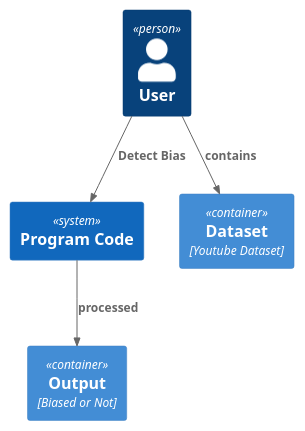
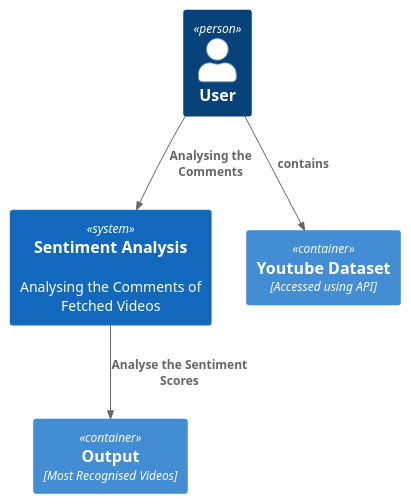
One commit to RincisM/Responsive_AI changed the diagram in Algorithm_Development/C4-context.puml. Above: the diagram before and after it, drawn with PlantUML.

```diff
--- a/Algorithm_Development/C4-context.puml
+++ b/Algorithm_Development/C4-context.puml
@@ -1,12 +1,12 @@
 @startuml C4_Elements
 !include https://raw.githubusercontent.com/plantuml-stdlib/C4-PlantUML/master/C4_Container.puml
 
 Person(user, "User")
-System(algorithm, "Program Code")
-Container(dataset, "Dataset", "Youtube Dataset")
-Container(output, "Output", "Biased or Not")
+System(algorithm, "Sentiment Analysis", "Analysing the Comments of Fetched Videos")
+Container(dataset, "Youtube Dataset", "Accessed using API")
+Container(output, "Output", "Most Recognised Videos")
 
 Rel(user, dataset, "contains")
-Rel(user, algorithm, "Detect Bias")
-Rel(algorithm, output,"processed")
+Rel(user, algorithm, "Analysing the Comments")
+Rel(algorithm, output,"Analyse the Sentiment Scores")
 @enduml
```
